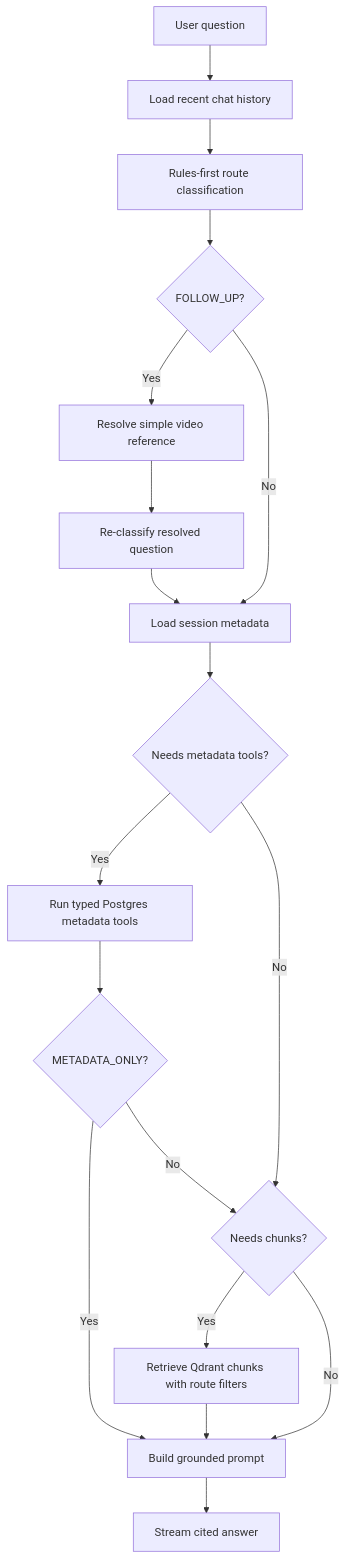
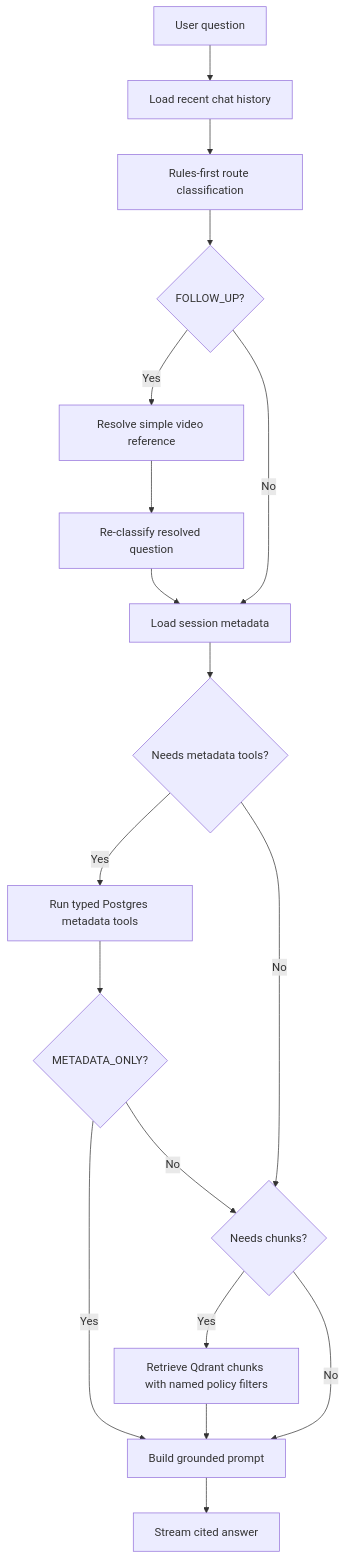
One commit to nirmaljb/CreatorGPT changed the diagram in docs/phase/phase-2.md. Above: the diagram before and after it, drawn with Mermaid. The commit also changed other lines of this file and 7 other files, not shown here.

Commit message:
feat: implement named retrieval policies in RAG graph to replace global search with balanced A/B context retrieval

````diff
--- a/docs/phase/phase-2.md
+++ b/docs/phase/phase-2.md
@@ -59,20 +72,20 @@
 ```mermaid
 flowchart TD
     Q[User question] --> H[Load recent chat history]
     H --> R[Rules-first route classification]
     R --> F{FOLLOW_UP?}
     F -- Yes --> Resolve[Resolve simple video reference]
     Resolve --> R2[Re-classify resolved question]
     F -- No --> M[Load session metadata]
     R2 --> M
     M --> T{Needs metadata tools?}
     T -- Yes --> PG[Run typed Postgres metadata tools]
     T -- No --> C{Needs chunks?}
     PG --> DoneMeta{METADATA_ONLY?}
     DoneMeta -- Yes --> Prompt[Build grounded prompt]
     DoneMeta -- No --> C
-    C -- Yes --> QD[Retrieve Qdrant chunks with route filters]
+    C -- Yes --> QD[Retrieve Qdrant chunks with named policy filters]
     C -- No --> Prompt
     QD --> Prompt
     Prompt --> Stream[Stream cited answer]
 ```
````
